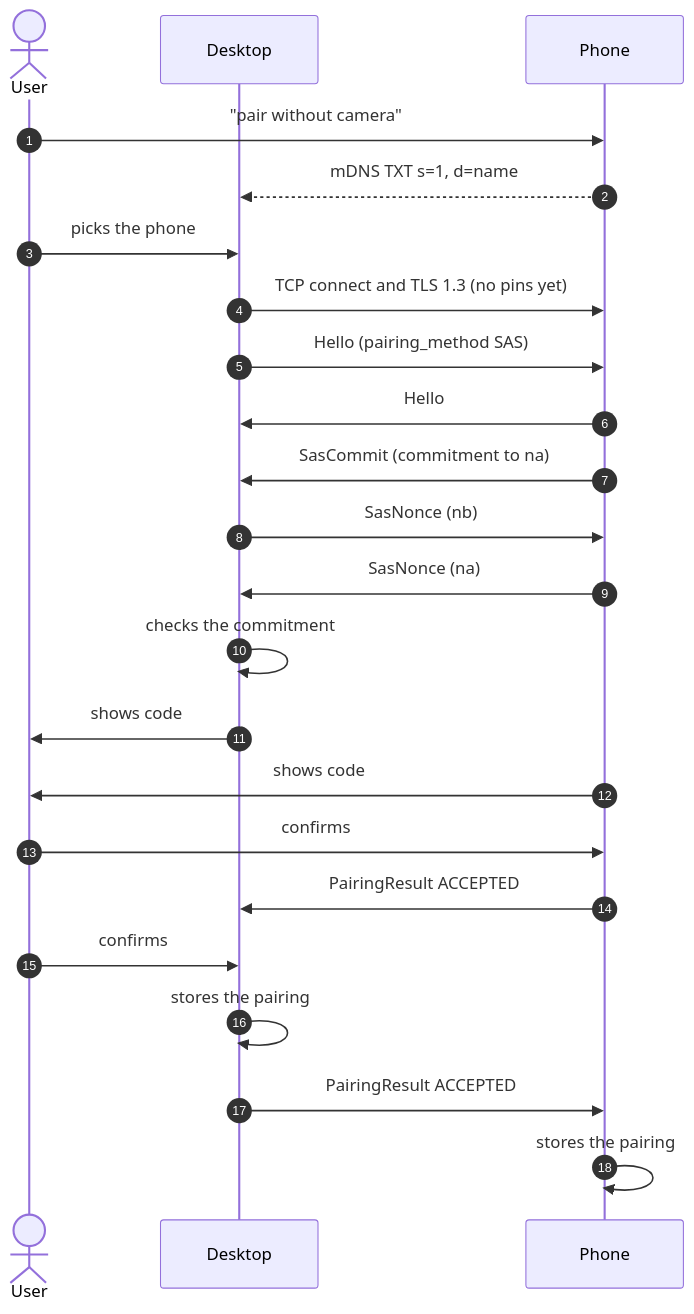
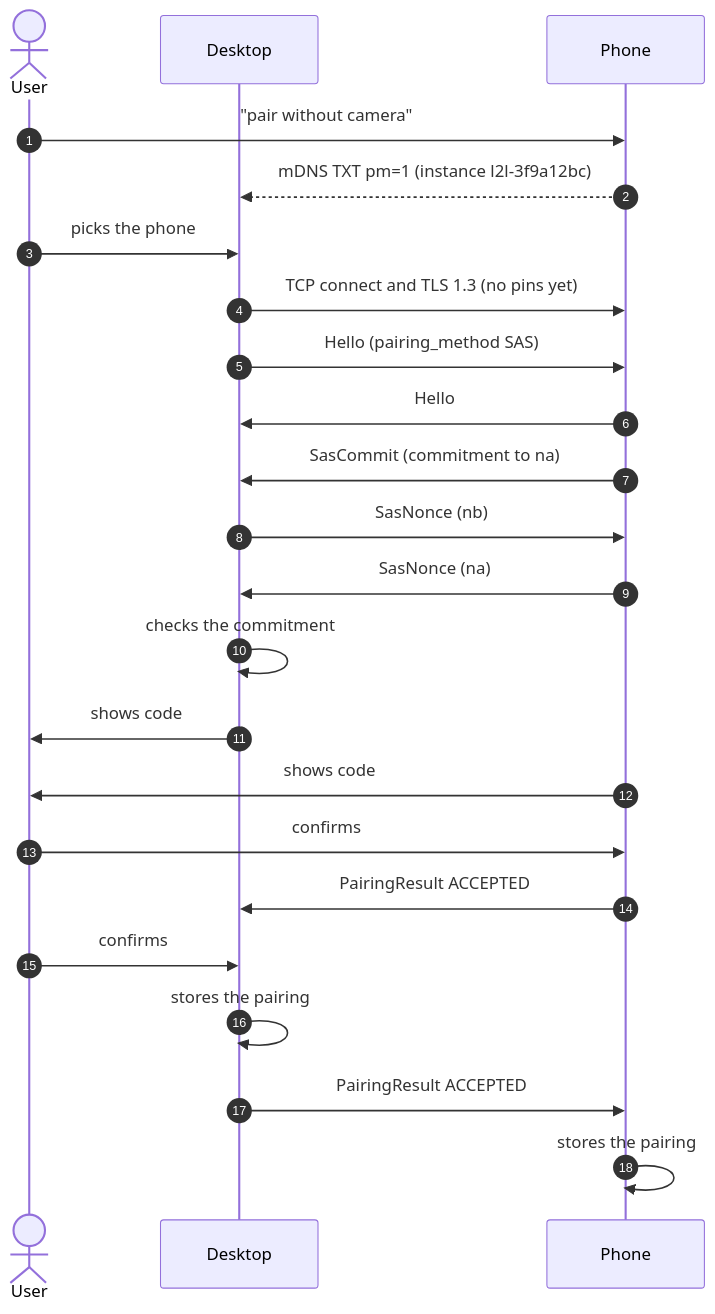
The second of 3 diagrams in docs/protocol.md (codesensei-tushar/link2linux), drawn with Mermaid before and after one commit. The commit also changed other lines of this file and 2 other files, not shown here.

````diff
--- a/docs/protocol.md
+++ b/docs/protocol.md
@@ -392,25 +429,25 @@
 ```mermaid
 sequenceDiagram
     autonumber
     actor U as User
     participant D as Desktop
     participant P as Phone
     U->>P: "pair without camera"
-    P-->>D: mDNS TXT s=1, d=name
+    P-->>D: mDNS TXT pm=1 (instance l2l-3f9a12bc)
     U->>D: picks the phone
     D->>P: TCP connect and TLS 1.3 (no pins yet)
     D->>P: Hello (pairing_method SAS)
     P->>D: Hello
     P->>D: SasCommit (commitment to na)
     D->>P: SasNonce (nb)
     P->>D: SasNonce (na)
     D->>D: checks the commitment
     D->>U: shows code
     P->>U: shows code
     U->>P: confirms
     P->>D: PairingResult ACCEPTED
     U->>D: confirms
     D->>D: stores the pairing
     D->>P: PairingResult ACCEPTED
     P->>P: stores the pairing
 ```
````
